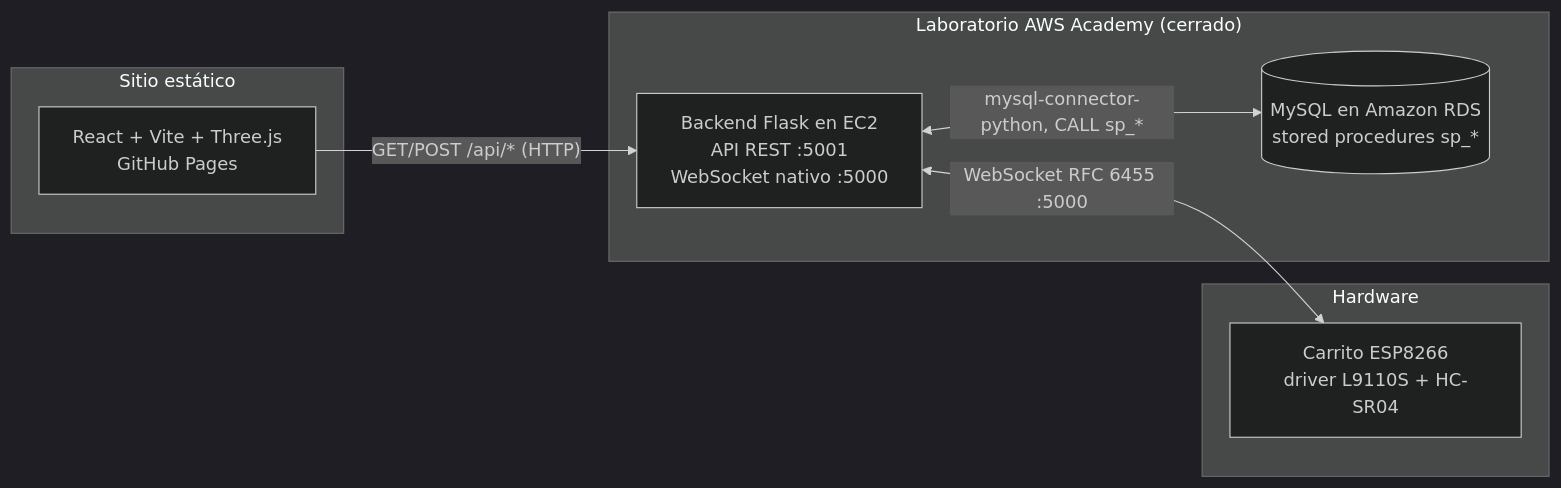
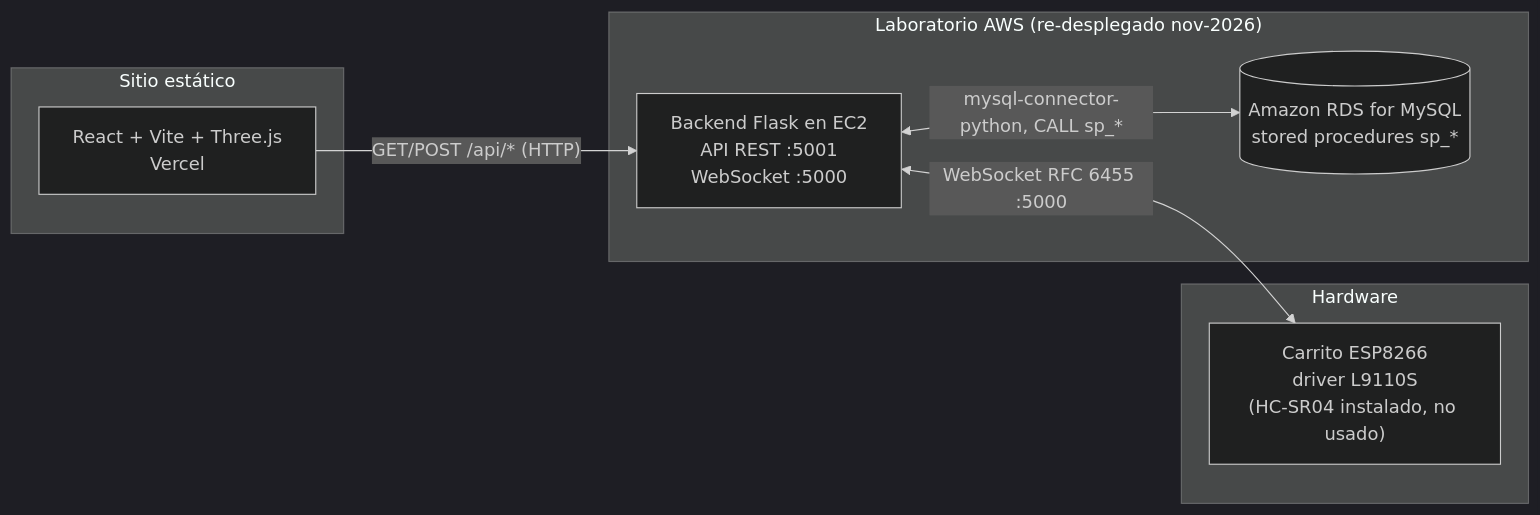
One commit to Villa19d/Iot_carrito_aws_frontend changed the diagram in README.es.md. Above: the diagram before and after it, drawn with Mermaid (dark theme). The commit also changed other lines of this file and 10 other files, not shown here.

````diff
--- a/README.es.md
+++ b/README.es.md
@@ -37,19 +36,19 @@
 ```mermaid
 flowchart LR
     subgraph HW["Hardware"]
-        ESP["Carrito ESP8266<br/>driver L9110S + HC-SR04"]
+        ESP["Carrito ESP8266<br/>driver L9110S<br/>(HC-SR04 instalado, no usado)"]
     end
 
-    subgraph AWS["Laboratorio AWS Academy (cerrado)"]
-        FLASK["Backend Flask en EC2<br/>API REST :5001<br/>WebSocket nativo :5000"]
-        RDS[("MySQL en Amazon RDS<br/>stored procedures sp_*")]
+    subgraph AWS["Laboratorio AWS (re-desplegado nov-2026)"]
+        FLASK["Backend Flask en EC2<br/>API REST :5001<br/>WebSocket :5000"]
+        RDS[("Amazon RDS for MySQL<br/>stored procedures sp_*")]
     end
 
     subgraph WEB["Sitio estático"]
-        REACT["React + Vite + Three.js<br/>GitHub Pages"]
+        REACT["React + Vite + Three.js<br/>Vercel"]
     end
 
     REACT -- "GET/POST /api/* (HTTP)" --> FLASK
     FLASK <-- "WebSocket RFC 6455 :5000" --> ESP
     FLASK <-- "mysql-connector-python, CALL sp_*" --> RDS
 ```
````
